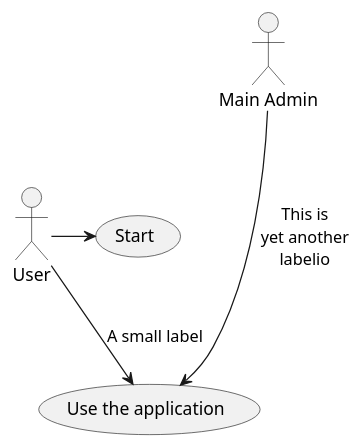
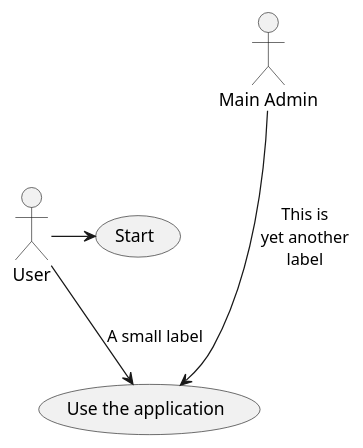
One commit to weichware10/meilensteine changed the diagram in meilenstein_05/.template/usecase-{modul}/usecase-{modul}.puml. Above: the diagram before and after it, drawn with PlantUML.

Commit message:
branch render test 1

```diff
--- a/meilenstein_05/.template/usecase-{modul}/usecase-{modul}.puml
+++ b/meilenstein_05/.template/usecase-{modul}/usecase-{modul}.puml
@@ -1,8 +1,8 @@
 @startuml {modul}
 
 User -> (Start)
 User --> (Use the application) : A small label
 
-:Main Admin: ---> (Use the application) : This is\nyet another\nlabelio
+:Main Admin: ---> (Use the application) : This is\nyet another\nlabel
 
 @enduml
```
